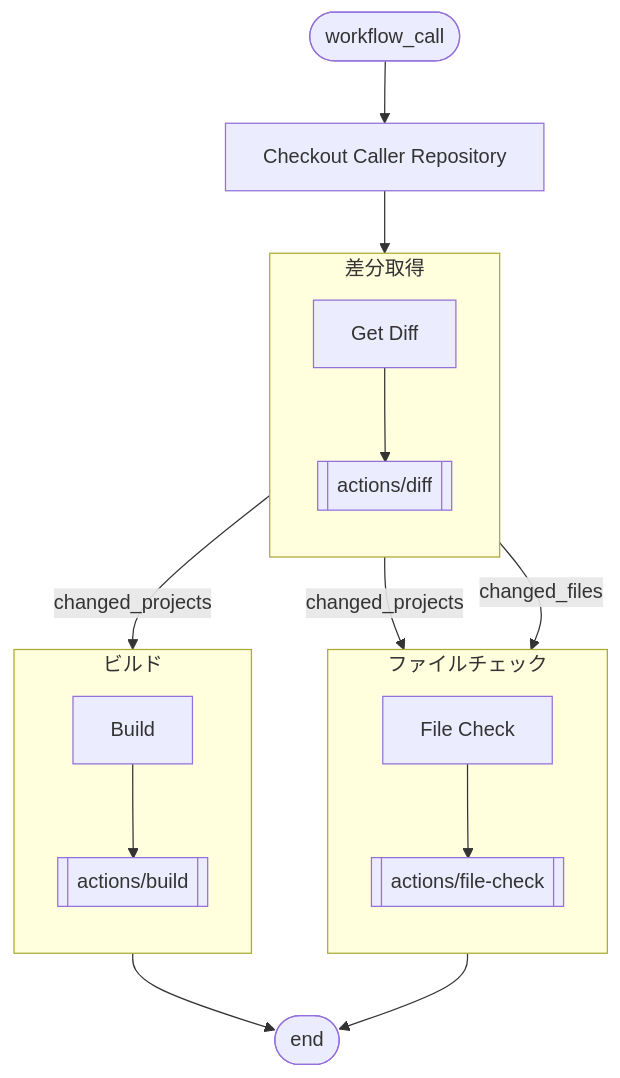
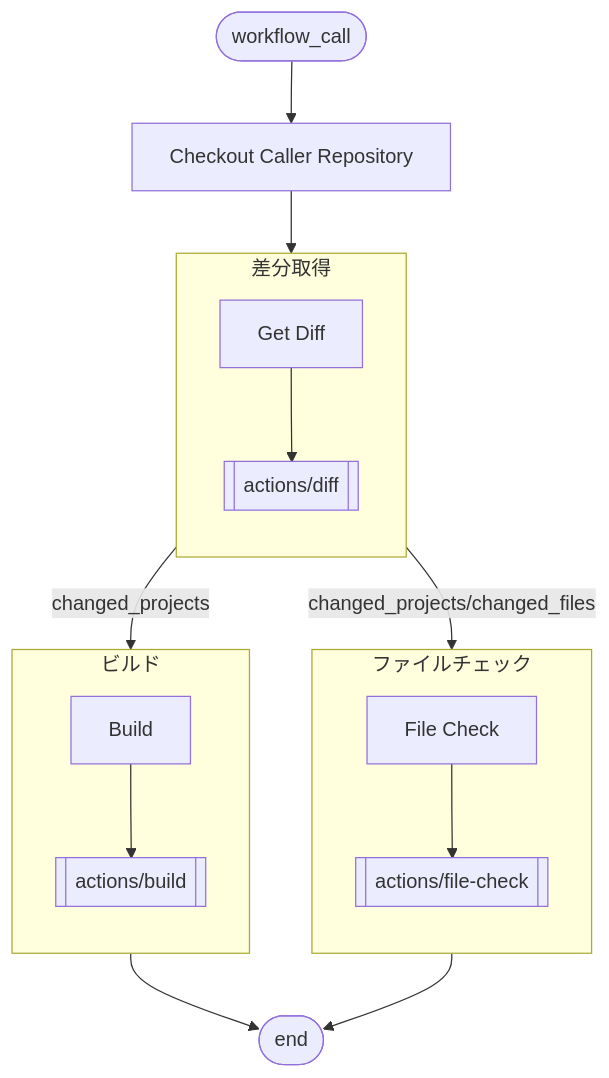
Before and after one commit to wiseman-fukushi2-trial/actions: the diagram in docs/toko/index.md, drawn with Mermaid.

````diff
--- a/docs/toko/index.md
+++ b/docs/toko/index.md
@@ -7,52 +7,53 @@
 ```mermaid
 flowchart TD
     Start([workflow_call])
     Checkout[Checkout Caller Repository]
     
     DiffGroup[差分取得]
     Diff[Get Diff]
     diff[[actions/diff]]
     
     BuildGroup[ビルド]
     Build[Build]
     build[[actions/build]]
     
     FileCheckGroup[ファイルチェック]
     FileCheck[File Check]
     filecheck[[actions/file-check]]
     End([end])
     
     Start --> Checkout
     
     Checkout --> DiffGroup
     
     subgraph DiffGroup[差分取得]
     direction TB
     Diff --> diff
     end
     
     DiffGroup -- changed_projects --> BuildGroup
     
     subgraph BuildGroup[ビルド]
     direction TB
     Build --> build
     end
     
-    DiffGroup -- changed_projects --> FileCheckGroup
-    DiffGroup -- changed_files --> FileCheckGroup
+    DiffGroup -- changed_projects/changed_files --> FileCheckGroup
     
     subgraph FileCheckGroup[ファイルチェック]
     direction TB
     FileCheck --> filecheck
     end
     
     BuildGroup --> End
     FileCheckGroup --> End
     
     click Diff "https://github.com/wiseman-fukushi-dev/rv1.actions/blob/main/.github/workflows/toko.yml#L18" "Get Diff"
     click diff "https://github.com/wiseman-fukushi-dev/rv1.actions/tree/main/actions/diff" "actions/diff"
+    click changed_projects "https://github.com/wiseman-fukushi-dev/rv1.actions/blob/main/.github/workflows/toko.yml#L17" "changed_projects"
+    click changed_projects/changed_files "https://github.com/wiseman-fukushi-dev/rv1.actions/blob/main/.github/workflows/toko.yml#L40-L41" "changed_projects/changed_files"
     click Build "https://github.com/wiseman-fukushi-dev/rv1.actions/blob/main/.github/workflows/toko.yml#L23" "Build"
     click build "https://github.com/wiseman-fukushi-dev/rv1.actions/tree/main/actions/build" "actions/build"
     click FileCheck "https://github.com/wiseman-fukushi-dev/rv1.actions/blob/main/.github/workflows/toko.yml#L47" "File Check"
     click filecheck "https://github.com/wiseman-fukushi-dev/rv1.actions/tree/main/actions/file-check" "actions/file-check"
 ```
````
